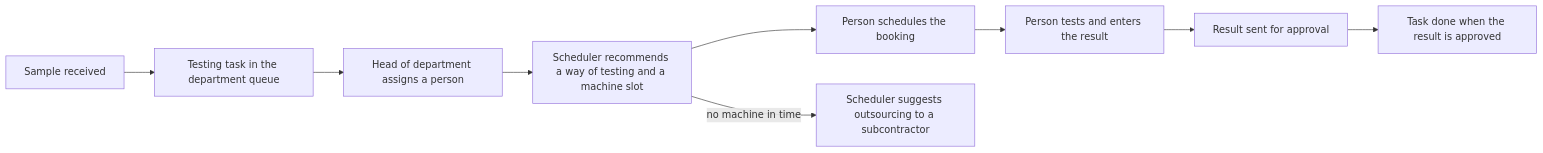
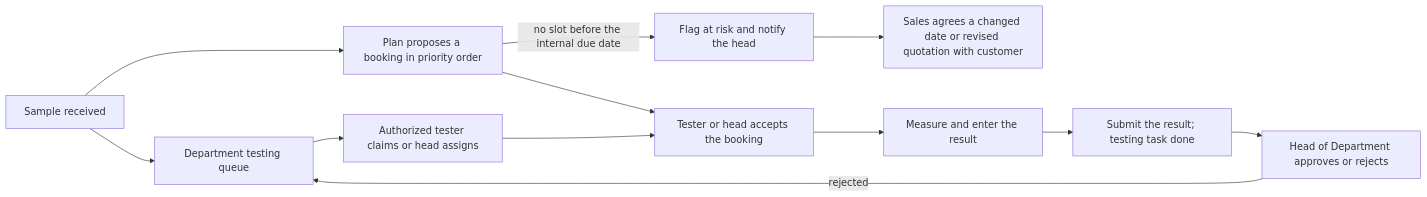
The sixth of 9 diagrams in docs/functional/laboratory_module/overview.md (SoltuneMontepre/medilab), drawn with Mermaid before and after one commit. The commit also changed other lines of this file and 47 other files, not shown here.

````diff
--- a/docs/functional/laboratory_module/overview.md
+++ b/docs/functional/laboratory_module/overview.md
@@ -196,11 +218,14 @@
 ```mermaid
 flowchart LR
-    received[Sample received] --> queue[Testing task in the department queue]
-    queue --> assign[Head of department assigns a person]
-    assign --> recommend[Scheduler recommends a way of testing and a machine slot]
-    recommend --> book[Person schedules the booking]
-    recommend -->|no machine in time| outsource[Scheduler suggests outsourcing to a subcontractor]
-    book --> test[Person tests and enters the result]
-    test --> approve[Result sent for approval]
-    approve --> done[Task done when the result is approved]
+    received[Sample received] --> queue[Department testing queue]
+    queue --> assign[Authorized tester claims or head assigns]
+    received --> plan[Plan proposes a booking in priority order]
+    plan --> accept[Tester or head accepts the booking]
+    assign --> accept
+    plan -->|no slot before the internal due date| risk[Flag at risk and notify the head]
+    risk --> sales[Sales agrees a changed date or revised quotation with customer]
+    accept --> test[Measure and enter the result]
+    test --> submit[Submit the result; testing task done]
+    submit --> approve[Head of Department approves or rejects]
+    approve -->|rejected| queue
 ```
````
